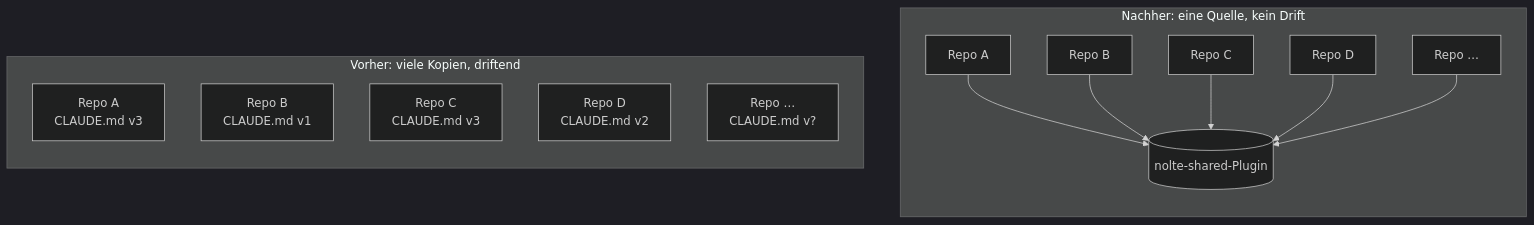
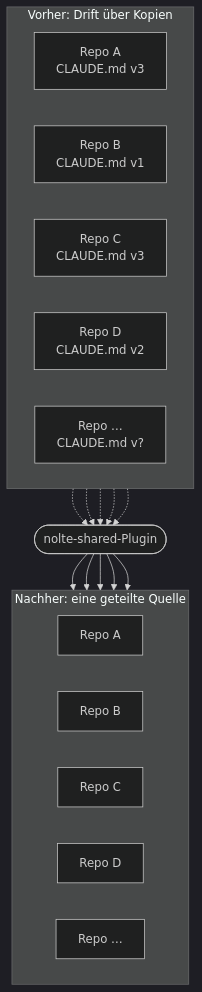
Before and after one commit to nolte/blog: the first of 3 diagrams in src/content/posts/de/claude-shared-baseline.md, drawn with Mermaid (dark theme). The commit also changed other lines of this file and 2 other files, not shown here.

Commit message:
post(blog): rework diagrams in claude-shared-baseline
Three changes to the diagram set in both EN and DE:

1. Drift→convergence: switched from flowchart LR (two side-by-side
   subgraphs, ~2043px wide, overflowed mobile) to flowchart TB with
   the Plugin node centred between a Before subgraph above and an
   After subgraph below. Plugin is now visually load-bearing; the
   diagram fits a mobile viewport.

2. New plugin-anatomy diagram in 'What nolte-shared actually contains':
   the three buckets (Skills / Agents / Specs) with the
   `implements` and `dispatches` edges that bind them.

3. New dogfooding-loop diagram in 'Dogfooding': the closed loop
   Spec → Skill → Repo → Spec that the section's text argues for.

EN/DE in lockstep; technical identifiers (skill names, spec paths)
unchanged across languages, only prose labels translated. Local
task build green, 3 inline SVGs per language verified, no mermaid
source leakage. Handover artefact records the rework.

````diff
--- a/src/content/posts/de/claude-shared-baseline.md
+++ b/src/content/posts/de/claude-shared-baseline.md
@@ -25,21 +25,30 @@
 ```mermaid
-flowchart LR
-    subgraph Vorher["Vorher: viele Kopien, driftend"]
-        direction TB
-        rA["Repo A<br/>CLAUDE.md v3"]
-        rB["Repo B<br/>CLAUDE.md v1"]
-        rC["Repo C<br/>CLAUDE.md v3"]
-        rD["Repo D<br/>CLAUDE.md v2"]
-        rE["Repo …<br/>CLAUDE.md v?"]
+flowchart TB
+    subgraph Vorher["Vorher: Drift über Kopien"]
+        direction LR
+        vA["Repo A<br/>CLAUDE.md v3"]
+        vB["Repo B<br/>CLAUDE.md v1"]
+        vC["Repo C<br/>CLAUDE.md v3"]
+        vD["Repo D<br/>CLAUDE.md v2"]
+        vE["Repo …<br/>CLAUDE.md v?"]
     end
-    subgraph Nachher["Nachher: eine Quelle, kein Drift"]
-        direction TB
-        rA2[Repo A] --> Plugin
-        rB2[Repo B] --> Plugin
-        rC2[Repo C] --> Plugin
-        rD2[Repo D] --> Plugin
-        rE2[Repo …] --> Plugin
-        Plugin[("nolte-shared-Plugin")]
+    Plugin(["nolte-shared-Plugin"])
+    subgraph Nachher["Nachher: eine geteilte Quelle"]
+        direction LR
+        nA[Repo A]
+        nB[Repo B]
+        nC[Repo C]
+        nD[Repo D]
+        nE[Repo …]
     end
-    Vorher ~~~ Nachher
+    vA -.-> Plugin
+    vB -.-> Plugin
+    vC -.-> Plugin
+    vD -.-> Plugin
+    vE -.-> Plugin
+    Plugin --> nA
+    Plugin --> nB
+    Plugin --> nC
+    Plugin --> nD
+    Plugin --> nE
 ```
````
